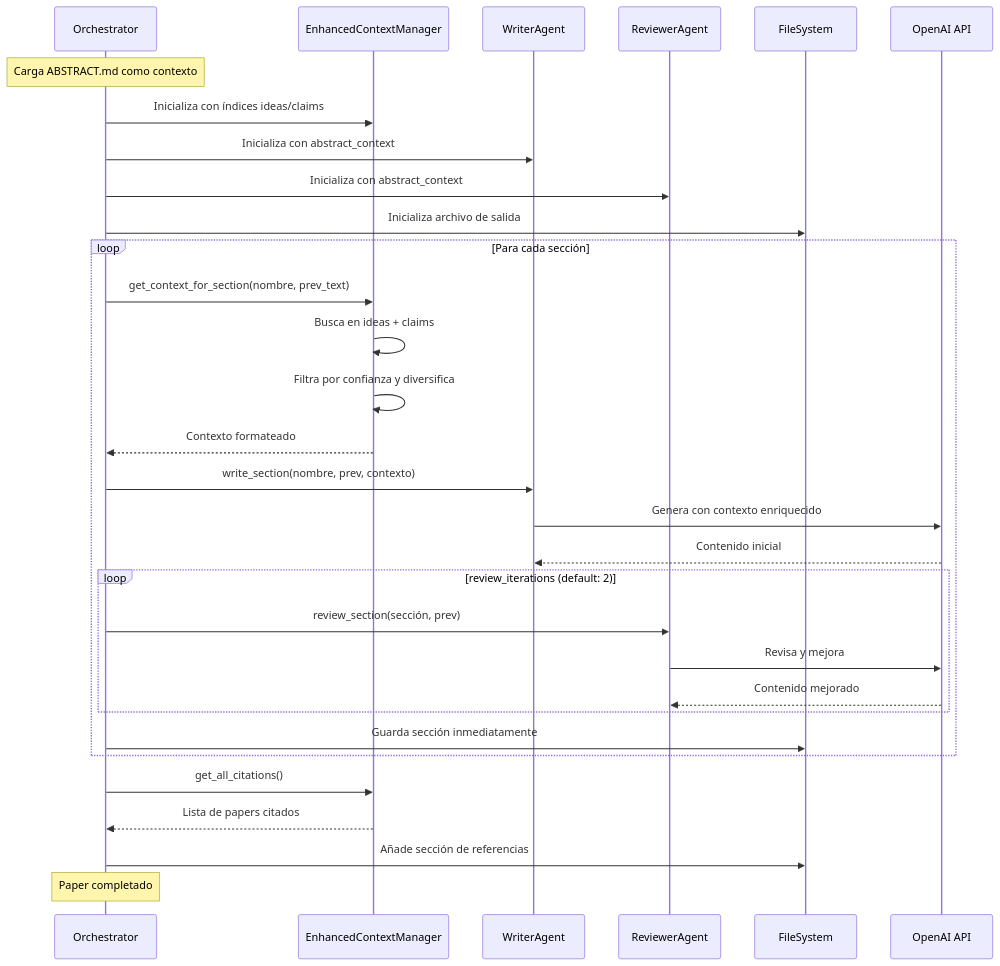
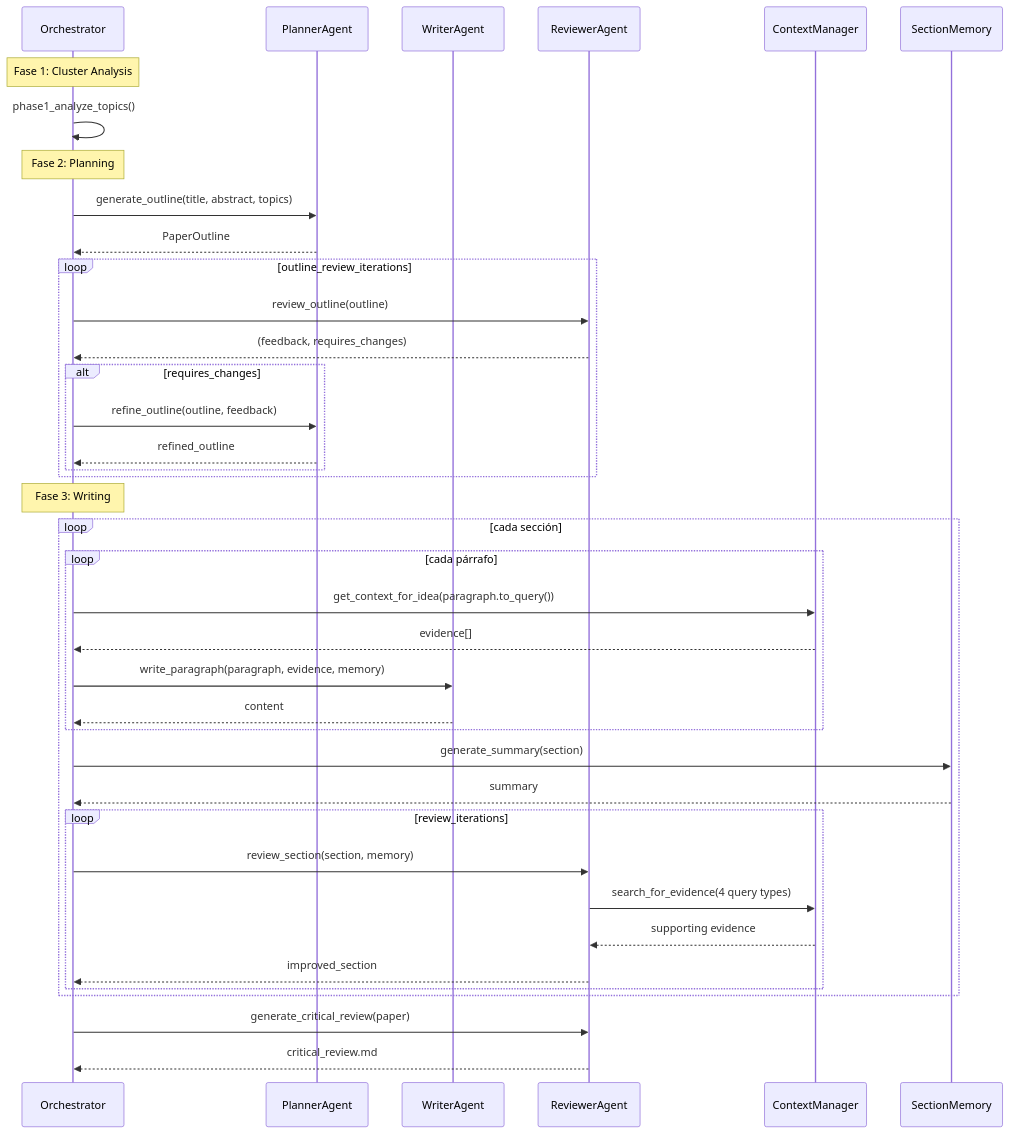
The fourth of 8 diagrams in docs/architecture.md (mikelval82/TheAiWriter), drawn with Mermaid before and after one commit. The commit also changed other lines of this file and 2 other files, not shown here.

First line of the commit message:
docs: consolidate architecture documentation with mermaid diagrams

````diff
--- a/docs/architecture.md
+++ b/docs/architecture.md
@@ -262,40 +214,47 @@
 ```mermaid
 sequenceDiagram
     participant O as Orchestrator
-    participant CM as EnhancedContextManager
+    participant P as PlannerAgent
     participant W as WriterAgent
     participant R as ReviewerAgent
-    participant F as FileSystem
-    participant API as OpenAI API
+    participant CM as ContextManager
+    participant M as SectionMemory
+
+    Note over O: Fase 1: Cluster Analysis
+    O->>O: phase1_analyze_topics()
     
-    Note over O: Carga ABSTRACT.md como contexto
-    O->>CM: Inicializa con índices ideas/claims
-    O->>W: Inicializa con abstract_context
-    O->>R: Inicializa con abstract_context
-    O->>F: Inicializa archivo de salida
+    Note over O: Fase 2: Planning
+    O->>P: generate_outline(title, abstract, topics)
+    P-->>O: PaperOutline
     
-    loop Para cada sección
-        O->>CM: get_context_for_section(nombre, prev_text)
-        CM->>CM: Busca en ideas + claims
-        CM->>CM: Filtra por confianza y diversifica
-        CM-->>O: Contexto formateado
-        
-        O->>W: write_section(nombre, prev, contexto)
-        W->>API: Genera con contexto enriquecido
-        API-->>W: Contenido inicial
-        
-        loop review_iterations (default: 2)
-            O->>R: review_section(sección, prev)
-            R->>API: Revisa y mejora
-            API-->>R: Contenido mejorado
+    loop outline_review_iterations
+        O->>R: review_outline(outline)
+        R-->>O: (feedback, requires_changes)
+        alt requires_changes
+            O->>P: refine_outline(outline, feedback)
+            P-->>O: refined_outline
         end
-        
-        O->>F: Guarda sección inmediatamente
     end
     
-    O->>CM: get_all_citations()
-    CM-->>O: Lista de papers citados
-    O->>F: Añade sección de referencias
+    Note over O: Fase 3: Writing
+    loop cada sección
+        loop cada párrafo
+            O->>CM: get_context_for_idea(paragraph.to_query())
+            CM-->>O: evidence[]
+            O->>W: write_paragraph(paragraph, evidence, memory)
+            W-->>O: content
+        end
+        O->>M: generate_summary(section)
+        M-->>O: summary
+        
+        loop review_iterations
+            O->>R: review_section(section, memory)
+            R->>CM: search_for_evidence(4 query types)
+            CM-->>R: supporting evidence
+            R-->>O: improved_section
+        end
+    end
     
-    Note over O: Paper completado
+    O->>R: generate_critical_review(paper)
+    R-->>O: critical_review.md
 ```
````
